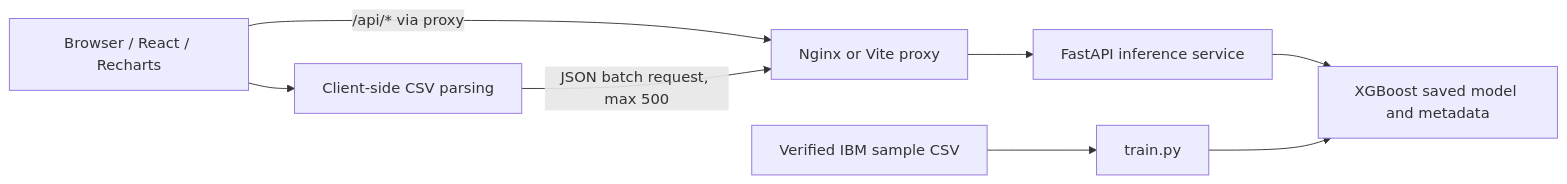
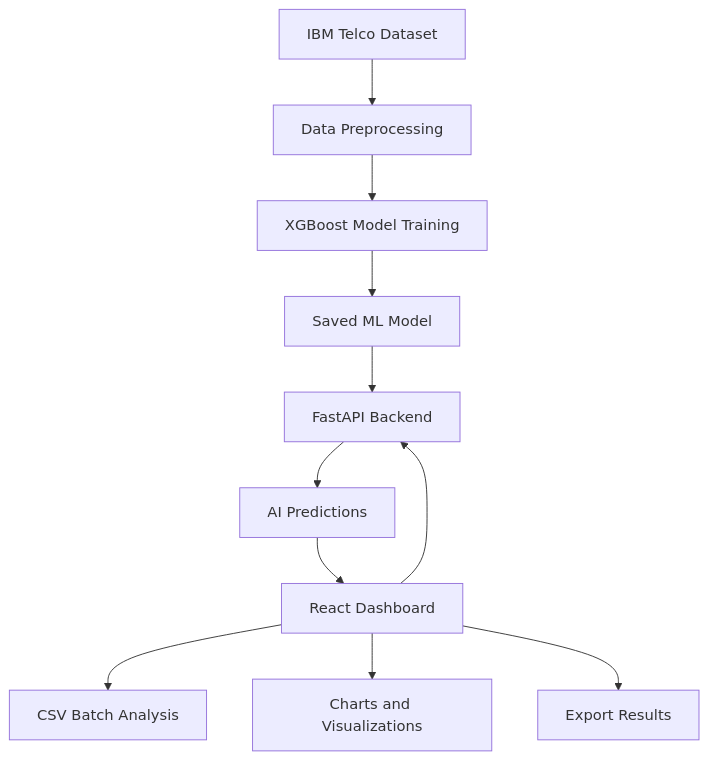
The diagram in README.md (SinanKC35/Customer_Churn_AI), drawn with Mermaid before and after one commit. The commit also changed other lines of this file, not shown here.

````diff
--- a/README.md
+++ b/README.md
@@ -63,10 +138,13 @@
 ```mermaid
-flowchart LR
-    B[Browser / React / Recharts] -->|/api/* via proxy| N[Nginx or Vite proxy]
-    N --> F[FastAPI inference service]
-    F --> M[XGBoost saved model and metadata]
-    D[Verified IBM sample CSV] --> T[train.py]
-    T --> M
-    B --> C[Client-side CSV parsing]
-    C -->|JSON batch request, max 500| N
+flowchart TD
+    A[IBM Telco Dataset] --> B[Data Preprocessing]
+    B --> C[XGBoost Model Training]
+    C --> D[Saved ML Model]
+    D --> E[FastAPI Backend]
+    F[React Dashboard] --> E
+    E --> G[AI Predictions]
+    G --> F
+    F --> H[CSV Batch Analysis]
+    F --> I[Charts and Visualizations]
+    F --> J[Export Results]
 ```
````
